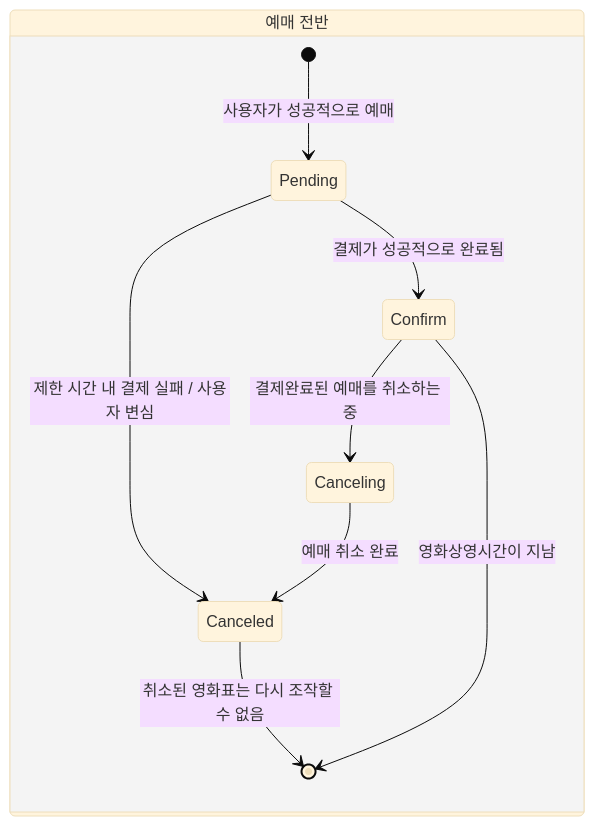
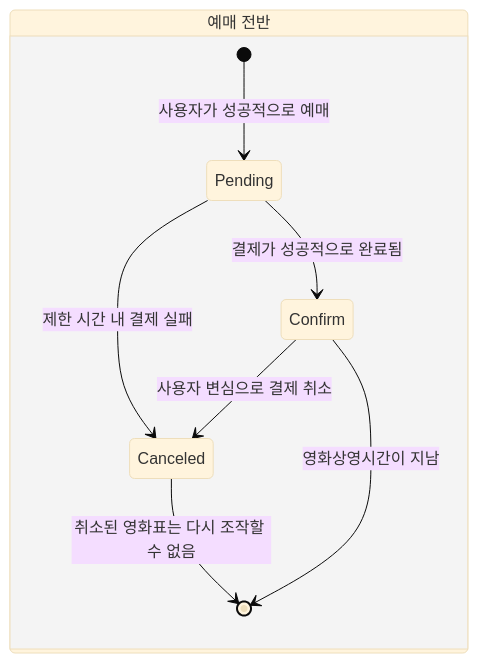
The first of 11 diagrams in README.md (js990311/reservation-movie), drawn with Mermaid (base theme) before and after one commit. The commit also changed other lines of this file and 9 other files, not shown here.

````diff
--- a/README.md
+++ b/README.md
@@ -5,12 +5,11 @@
 ```mermaid
 stateDiagram-v2
         state "예매 전반" as Reservation{
             [*] --> Pending : 사용자가 성공적으로 예매
-            Pending --> Canceled : 제한 시간 내 결제 실패 / 사용자 변심
+            Pending --> Canceled : 제한 시간 내 결제 실패
             Pending --> Confirm : 결제가 성공적으로 완료됨
-            Confirm --> Canceling : 결제완료된 예매를 취소하는 중
-            Canceling --> Canceled : 예매 취소 완료
+            Confirm --> Canceled : 사용자 변심으로 결제 취소
             Confirm --> [*] : 영화상영시간이 지남
             Canceled --> [*] : 취소된 영화표는 다시 조작할 수 없음
         }
 ```
````
